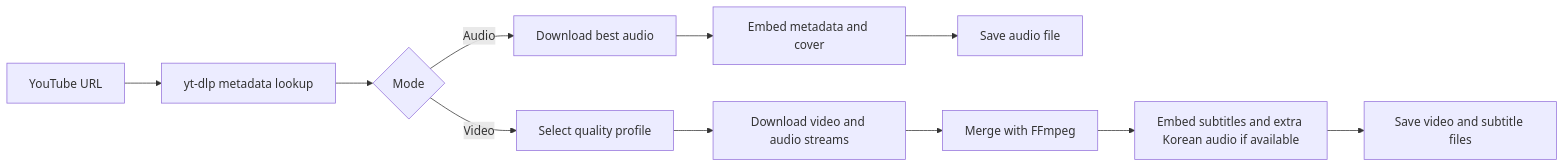
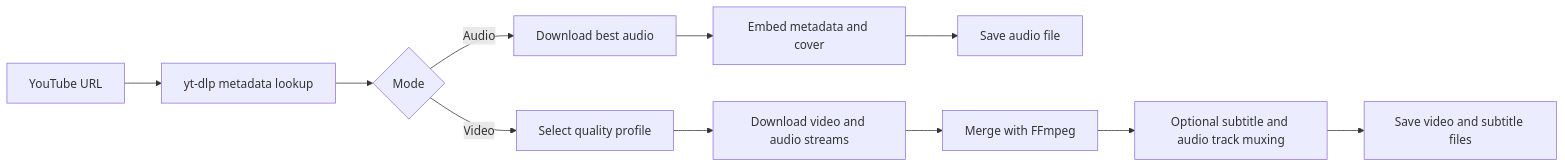
The first of 2 diagrams in README.md (hojin-v/YTET), drawn with Mermaid before and after one commit. The commit also changed other lines of this file and 7 other files, not shown here.

````diff
--- a/README.md
+++ b/README.md
@@ -112,13 +121,13 @@
 ```mermaid
 flowchart LR
     A[YouTube URL] --> B[yt-dlp metadata lookup]
     B --> C{Mode}
     C -->|Audio| D[Download best audio]
     D --> E[Embed metadata and cover]
     E --> F[Save audio file]
     C -->|Video| G[Select quality profile]
     G --> H[Download video and audio streams]
     H --> I[Merge with FFmpeg]
-    I --> J[Embed subtitles and extra Korean audio if available]
+    I --> J[Optional subtitle and audio track muxing]
     J --> K[Save video and subtitle files]
 ```
````
